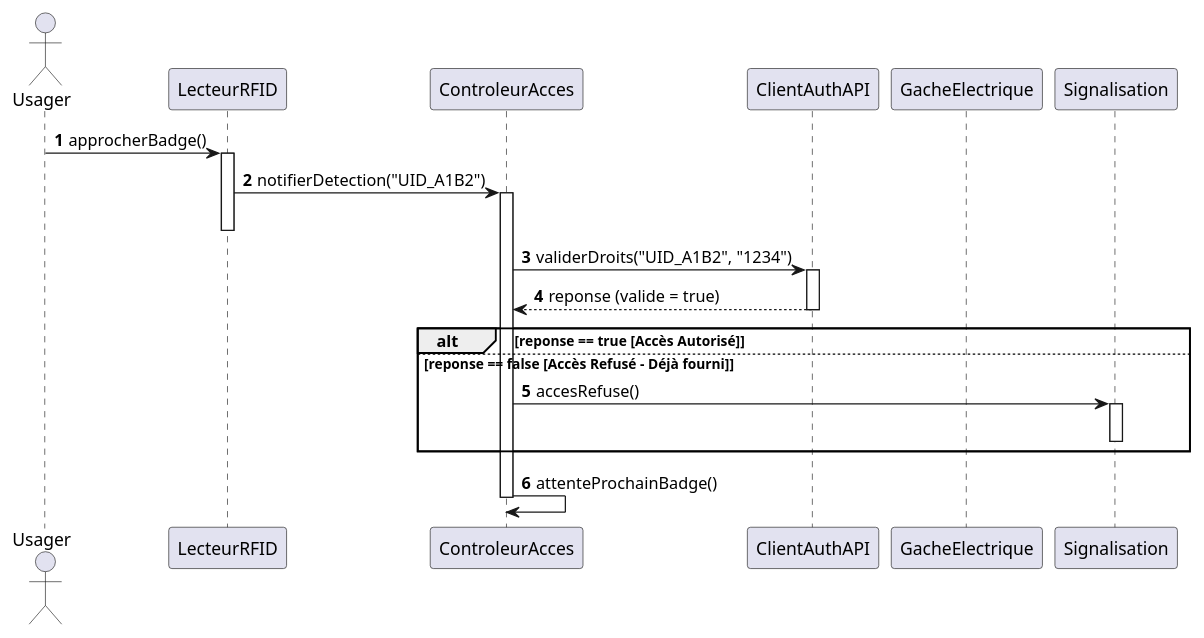
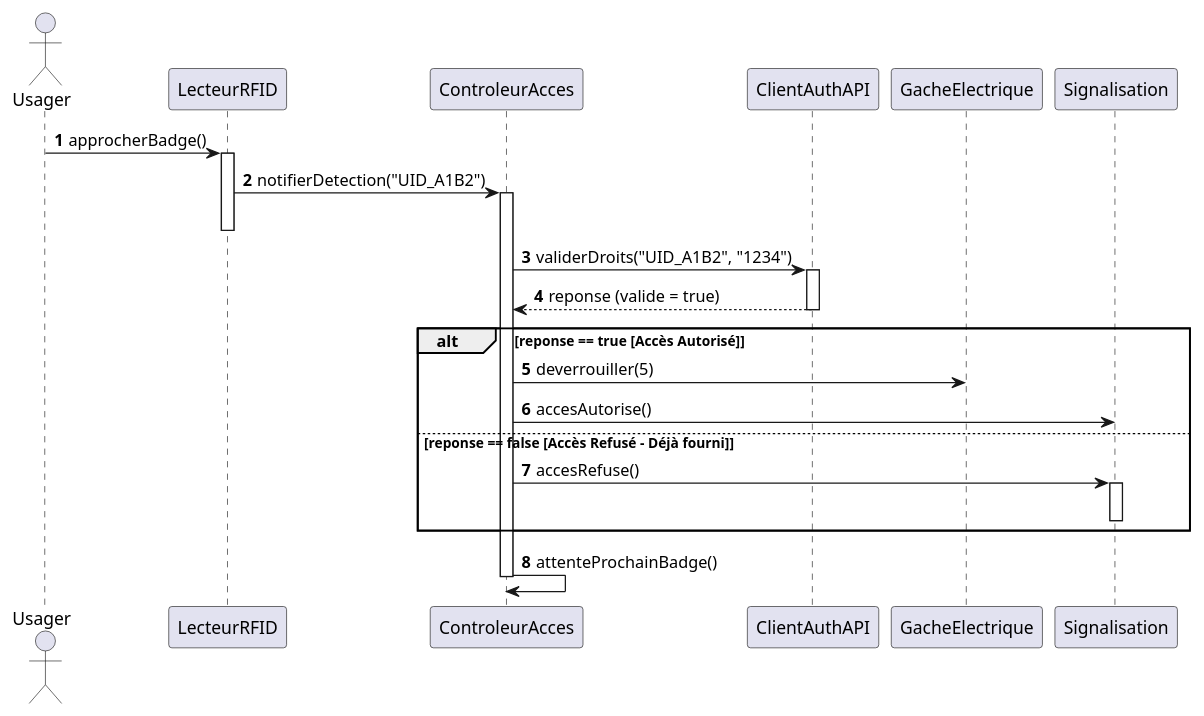
The diagram in tp-exercices/tp4-projet-synthese-controle-acces/controle_acces_sequence.puml (CIEL2-JR-PROGRAMMATION/uml), drawn with PlantUML before and after one commit. The commit also changed 8 other files, not shown here.

```diff
--- a/tp-exercices/tp4-projet-synthese-controle-acces/controle_acces_sequence.puml
+++ b/tp-exercices/tp4-projet-synthese-controle-acces/controle_acces_sequence.puml
@@ -1,46 +1,46 @@
 @startuml
 ' TP 4 : Diagramme de Séquence - Contrôle d'Accès RFID
 autonumber
 skinparam responseMessageBelowArrow true
 
 actor "Usager" as User
 participant "LecteurRFID" as RFID
 participant "ControleurAcces" as Ctrl
 participant "ClientAuthAPI" as API
 participant "GacheElectrique" as Gache
 participant "Signalisation" as LED
 
 User -> RFID : approcherBadge()
 activate RFID
 
 RFID -> Ctrl : notifierDetection("UID_A1B2")
 activate Ctrl
 deactivate RFID
 
 ' Le contrôleur vérifie les droits auprès de l'API :
 Ctrl -> API : validerDroits("UID_A1B2", "1234")
 activate API
 API --> Ctrl : reponse (valide = true)
 deactivate API
 
 ' ==============================================================================
 ' TODO 1 : Fragment Conditionnel alt (Accès Autorisé vs Refusé)
 ' Complétez l'action de déverrouillage et la signalisation verte dans le cas valide.
 ' ------------------------------------------------------------------------------
 alt reponse == true [Accès Autorisé]
     ' TODO 1.1 : Le contrôleur ordonne à la gâche le déverrouillage pendant 5 secondes
-    ' [ÉCRIVEZ LA LIGNE ICI]
+    Ctrl -> Gache : deverrouiller(5)
     
     ' TODO 1.2 : Le contrôleur déclenche la signalisation d'autorisation sur la LED
-    ' [ÉCRIVEZ LA LIGNE ICI]
+    Ctrl -> LED : accesAutorise()
 
 else reponse == false [Accès Refusé - Déjà fourni]
     Ctrl -> LED : accesRefuse()
     activate LED
     deactivate LED
 end
 
 Ctrl -> Ctrl : attenteProchainBadge()
 deactivate Ctrl
 
 @enduml
```
